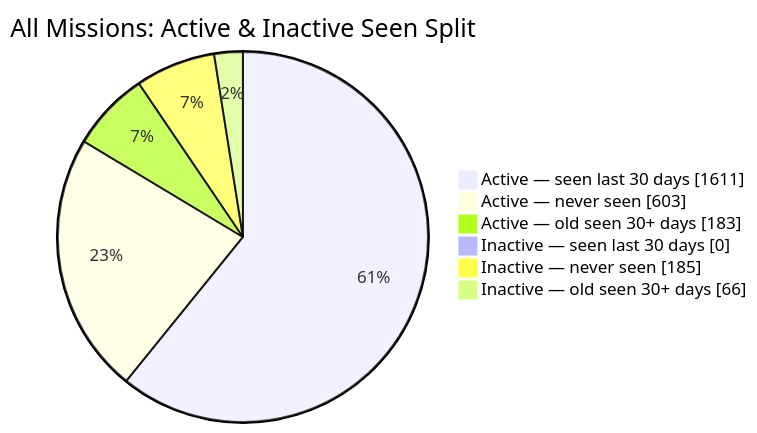
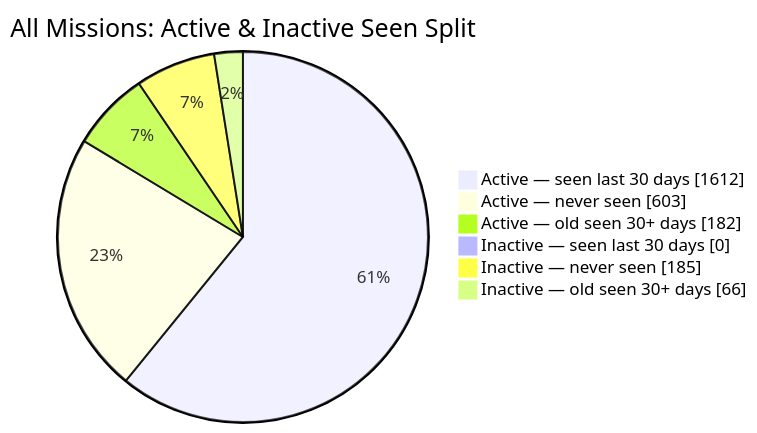
The second of 2 diagrams in README.md (MeldkamerspelGameTeam/active-missions), drawn with Mermaid before and after one commit. The commit also changed other lines of this file and 3 other files, not shown here.

````diff
--- a/README.md
+++ b/README.md
@@ -44,10 +44,10 @@
 ```mermaid
 pie showData
     title All Missions: Active & Inactive Seen Split
-    "Active — seen last 30 days" : 1611
+    "Active — seen last 30 days" : 1612
     "Active — never seen" : 603
-    "Active — old seen 30+ days" : 183
+    "Active — old seen 30+ days" : 182
     "Inactive — seen last 30 days" : 0
     "Inactive — never seen" : 185
     "Inactive — old seen 30+ days" : 66
 ```
````
